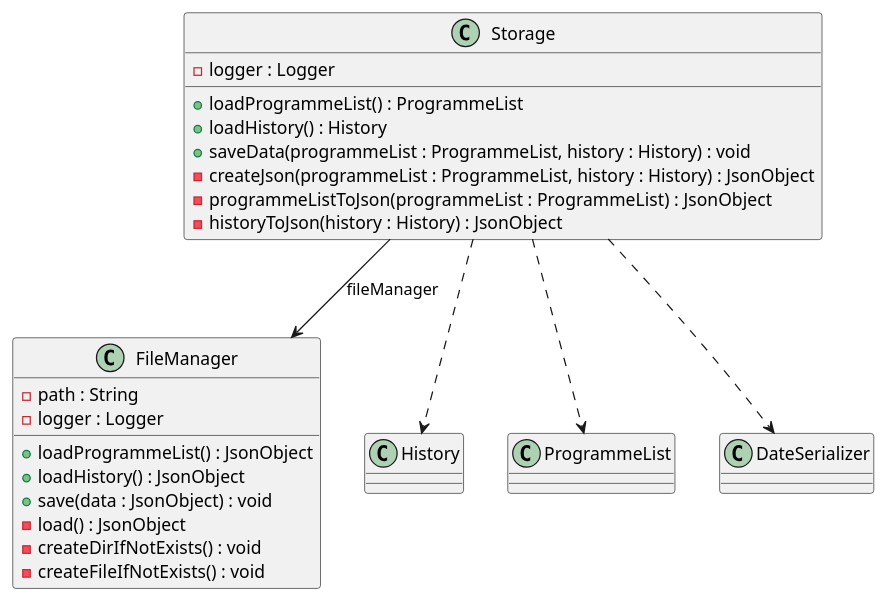
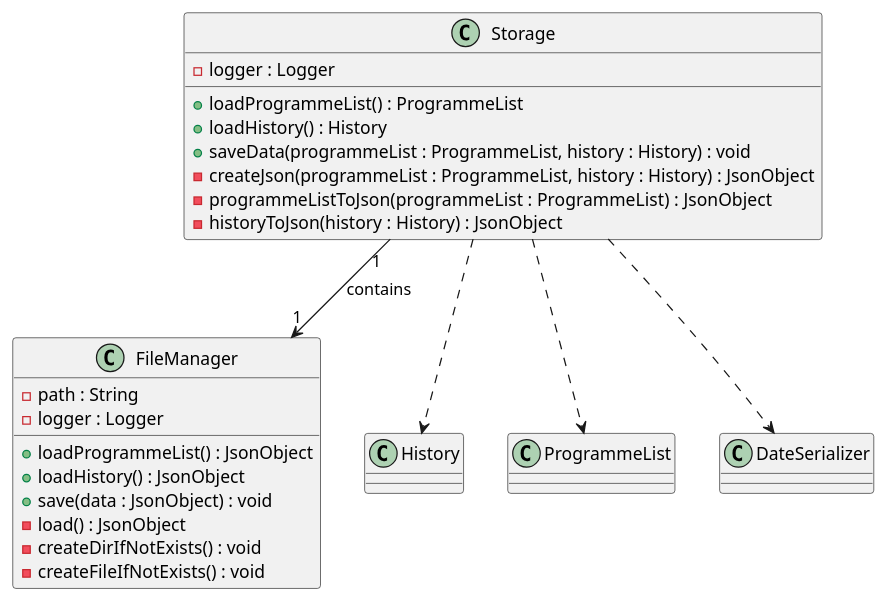
One commit to nus-cs2113-AY2425S1/tp changed the diagram in docs/diagrams/storageAndFileManager.puml. Above: the diagram before and after it, drawn with PlantUML. The commit also changed 1 other file, not shown here.

Commit message:
Add new Storage component class

```diff
--- a/docs/diagrams/storageAndFileManager.puml
+++ b/docs/diagrams/storageAndFileManager.puml
@@ -1,30 +1,30 @@
 @startuml
 
 class Storage {
     - logger : Logger
     + loadProgrammeList() : ProgrammeList
     + loadHistory() : History
     + saveData(programmeList : ProgrammeList, history : History) : void
     - createJson(programmeList : ProgrammeList, history : History) : JsonObject
     - programmeListToJson(programmeList : ProgrammeList) : JsonObject
     - historyToJson(history : History) : JsonObject
 }
 
 class FileManager {
     - path : String
     - logger : Logger
     + loadProgrammeList() : JsonObject
     + loadHistory() : JsonObject
     + save(data : JsonObject) : void
     - load() : JsonObject
     - createDirIfNotExists() : void
     - createFileIfNotExists() : void
 }
 
-Storage --> FileManager : fileManager
+Storage "1" --> "1" FileManager : contains
 
 Storage ..> History
 Storage ..> ProgrammeList
 Storage ..> DateSerializer
 
 @enduml
```
